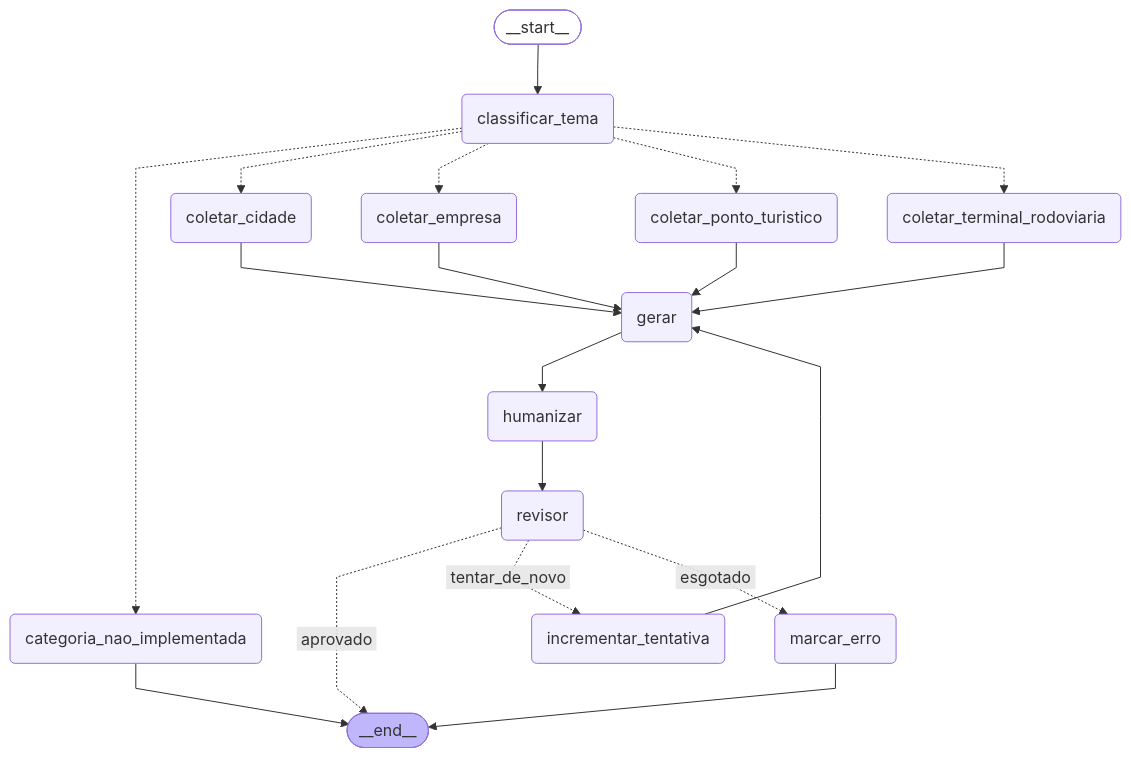
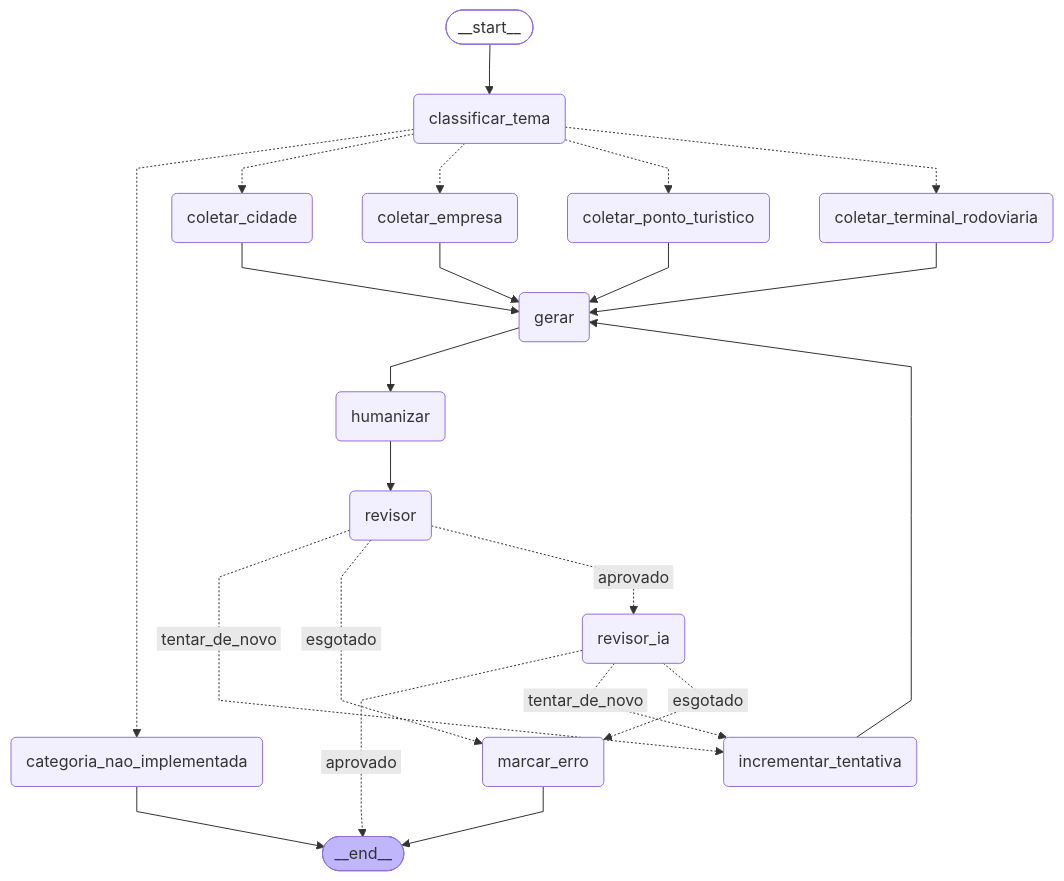
The diagram in formatos/descricao/explicacao_descricao_grafo/grafo_descricao.mmd (thomascorreia-data/gerador-conteudo-seo), drawn with Mermaid before and after one commit. The commit also changed 4 other files, not shown here.

```diff
--- a/formatos/descricao/explicacao_descricao_grafo/grafo_descricao.mmd
+++ b/formatos/descricao/explicacao_descricao_grafo/grafo_descricao.mmd
@@ -1,40 +1,44 @@
 ---
 config:
   flowchart:
     curve: linear
 ---
 graph TD;
 	__start__([<p>__start__</p>]):::first
 	classificar_tema(classificar_tema)
 	coletar_empresa(coletar_empresa)
 	coletar_ponto_turistico(coletar_ponto_turistico)
 	coletar_cidade(coletar_cidade)
 	coletar_terminal_rodoviaria(coletar_terminal_rodoviaria)
 	categoria_nao_implementada(categoria_nao_implementada)
 	gerar(gerar)
 	humanizar(humanizar)
 	revisor(revisor)
+	revisor_ia(revisor_ia)
 	incrementar_tentativa(incrementar_tentativa)
 	marcar_erro(marcar_erro)
 	__end__([<p>__end__</p>]):::last
 	__start__ --> classificar_tema;
 	classificar_tema -.-> categoria_nao_implementada;
 	classificar_tema -.-> coletar_cidade;
 	classificar_tema -.-> coletar_empresa;
 	classificar_tema -.-> coletar_ponto_turistico;
 	classificar_tema -.-> coletar_terminal_rodoviaria;
 	coletar_cidade --> gerar;
 	coletar_empresa --> gerar;
 	coletar_ponto_turistico --> gerar;
 	coletar_terminal_rodoviaria --> gerar;
 	gerar --> humanizar;
 	humanizar --> revisor;
 	incrementar_tentativa --> gerar;
-	revisor -. &nbsp;aprovado&nbsp; .-> __end__;
 	revisor -. &nbsp;tentar_de_novo&nbsp; .-> incrementar_tentativa;
 	revisor -. &nbsp;esgotado&nbsp; .-> marcar_erro;
+	revisor -. &nbsp;aprovado&nbsp; .-> revisor_ia;
+	revisor_ia -. &nbsp;aprovado&nbsp; .-> __end__;
+	revisor_ia -. &nbsp;tentar_de_novo&nbsp; .-> incrementar_tentativa;
+	revisor_ia -. &nbsp;esgotado&nbsp; .-> marcar_erro;
 	categoria_nao_implementada --> __end__;
 	marcar_erro --> __end__;
 	classDef default fill:#f2f0ff,line-height:1.2
 	classDef first fill-opacity:0
 	classDef last fill:#bfb6fc
```
